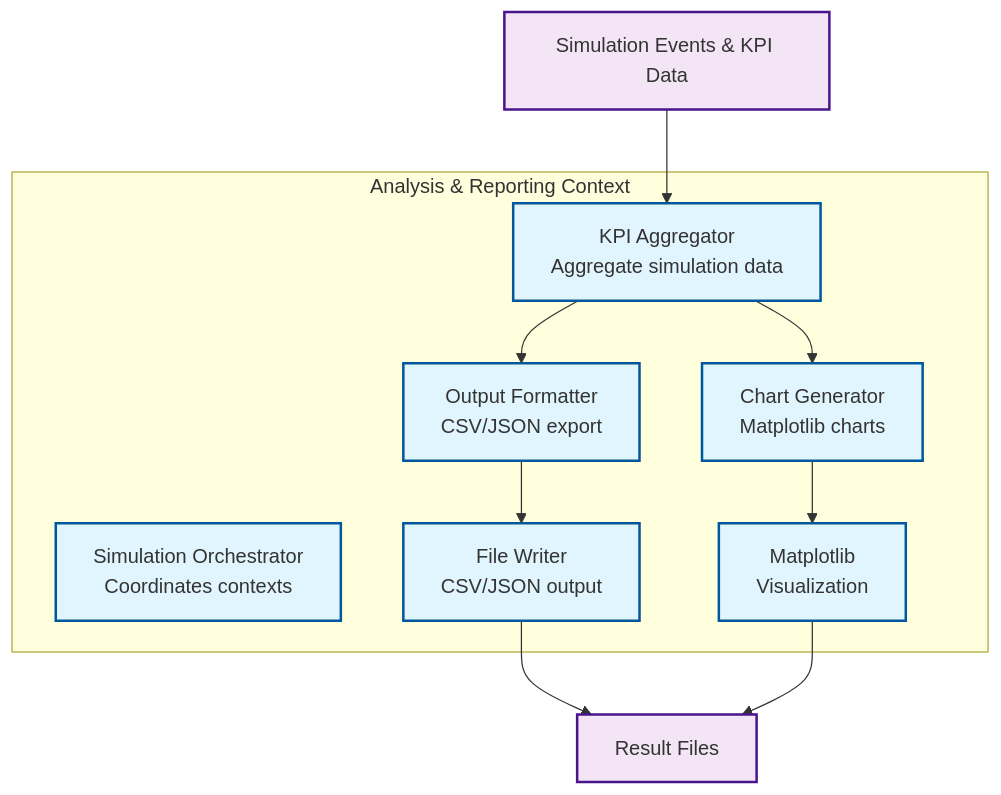
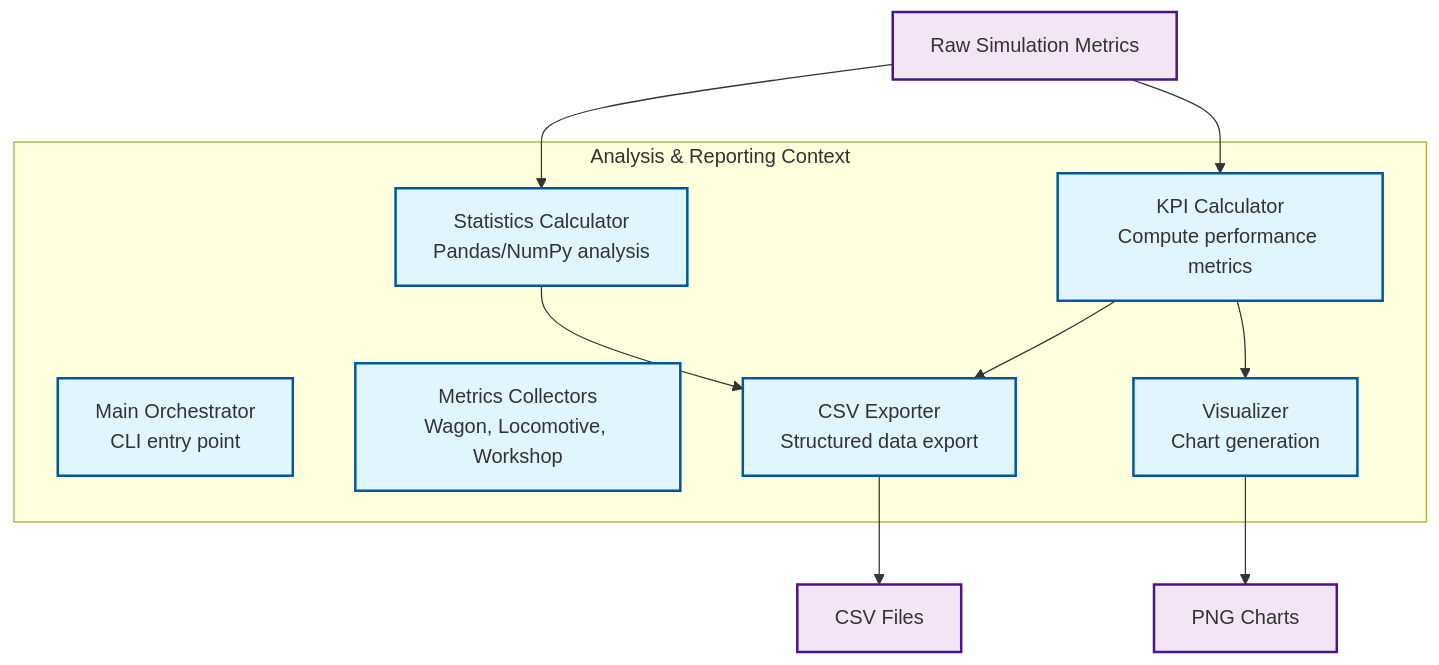
The sixth of 7 diagrams in docs/mvp/architecture/05-building-blocks.md (OpenRailAssociation/dac-migration-dss-popupsim), drawn with Mermaid before and after one commit. The commit also changed other lines of this file and 7 other files, not shown here.

````diff
--- a/docs/mvp/architecture/05-building-blocks.md
+++ b/docs/mvp/architecture/05-building-blocks.md
@@ -196,25 +499,25 @@
 ```mermaid
 graph TB
     subgraph "Analysis & Reporting Context"
-        Orchestrator["Simulation Orchestrator<br/>Coordinates contexts"]
-        Aggregator["KPI Aggregator<br/>Aggregate simulation data"]
-        OutputFormatter["Output Formatter<br/>CSV/JSON export"]
-        ChartGenerator["Chart Generator<br/>Matplotlib charts"]
-        Matplotlib["Matplotlib<br/>Visualization"]
-        FileWriter["File Writer<br/>CSV/JSON output"]
+        Main["Main Orchestrator<br/>CLI entry point"]
+        KPICalc["KPI Calculator<br/>Compute performance metrics"]
+        Collectors["Metrics Collectors<br/>Wagon, Locomotive, Workshop"]
+        Statistics["Statistics Calculator<br/>Pandas/NumPy analysis"]
+        CSVExport["CSV Exporter<br/>Structured data export"]
+        Visualizer["Visualizer<br/>Chart generation"]
     end
 
-    SimResults[Simulation Events & KPI Data] --> Aggregator
-    Aggregator --> OutputFormatter
-    Aggregator --> ChartGenerator
-    OutputFormatter --> FileWriter
-    ChartGenerator --> Matplotlib
-    FileWriter --> Output[Result Files]
-    Matplotlib --> Output
+    Metrics[Raw Simulation Metrics] --> KPICalc
+    Metrics --> Statistics
+    KPICalc --> CSVExport
+    KPICalc --> Visualizer
+    Statistics --> CSVExport
+    CSVExport --> CSV[CSV Files]
+    Visualizer --> Charts[PNG Charts]
 
     classDef component fill:#e1f5fe,stroke:#01579b,stroke-width:2px
     classDef external fill:#f3e5f5,stroke:#4a148c,stroke-width:2px
 
-    class Orchestrator,Aggregator,OutputFormatter,ChartGenerator,Matplotlib,FileWriter component
-    class SimResults,Output external
+    class Main,KPICalc,Collectors,Statistics,CSVExport,Visualizer component
+    class Metrics,CSV,Charts external
 ```
````
